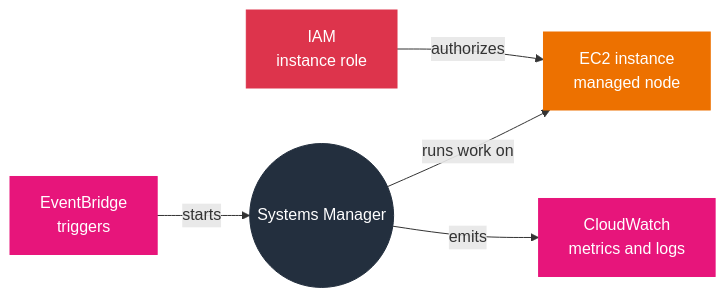
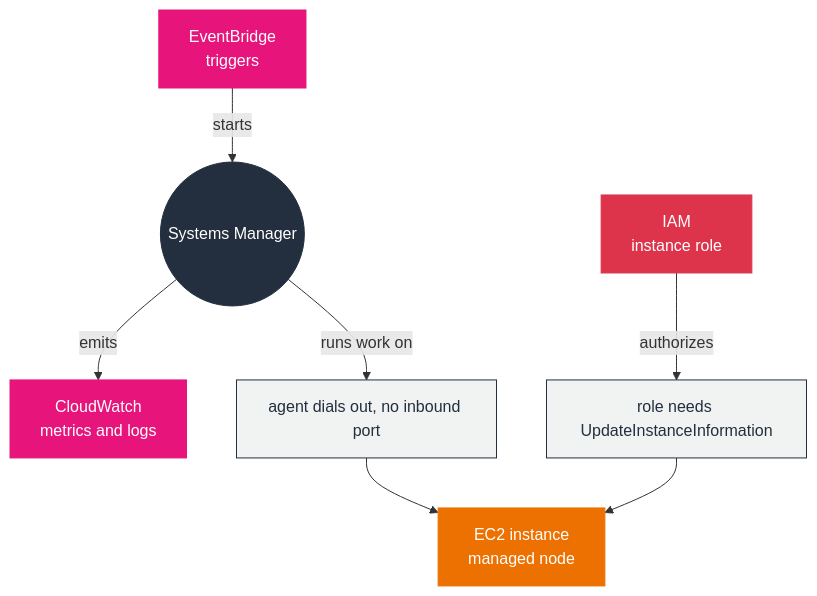
Before and after one commit to GabrielAlmeidaFlores/AWS-CloudOps-Engineer-Associate-Doc: diagram 17 of 17 in AGENTS.md, drawn with Mermaid. The commit also changed other lines of this file and 3 other files, not shown here.

Commit message:
:zap: update: mind map

````diff
--- a/AGENTS.md
+++ b/AGENTS.md
@@ -3281,20 +3280,21 @@
 ```mermaid
-flowchart LR
+flowchart TD
     ROOT(("Systems Manager"))
     EC2["EC2 instance<br/>managed node"]
     IAM["IAM<br/>instance role"]
     CW["CloudWatch<br/>metrics and logs"]
     EB["EventBridge<br/>triggers"]
-    ROOT -->|"runs work on"| EC2
-    IAM -->|"authorizes"| EC2
+    ROOT -->|"runs work on"| N1["agent dials out, no inbound port"]:::note --> EC2
+    IAM -->|"authorizes"| N2["role needs UpdateInstanceInformation"]:::note --> EC2
     ROOT -->|"emits"| CW
     EB -->|"starts"| ROOT
     classDef mgmt fill:#E7157B,stroke:#E7157B,color:#ffffff
     classDef compute fill:#ED7100,stroke:#ED7100,color:#ffffff
     classDef security fill:#DD344C,stroke:#DD344C,color:#ffffff
     classDef actor fill:#232F3E,stroke:#232F3E,color:#ffffff
+    classDef note fill:#F1F3F3,stroke:#232F3E,color:#232F3E
     class ROOT actor
     class CW,EB mgmt
     class EC2 compute
     class IAM security
 ```
````
